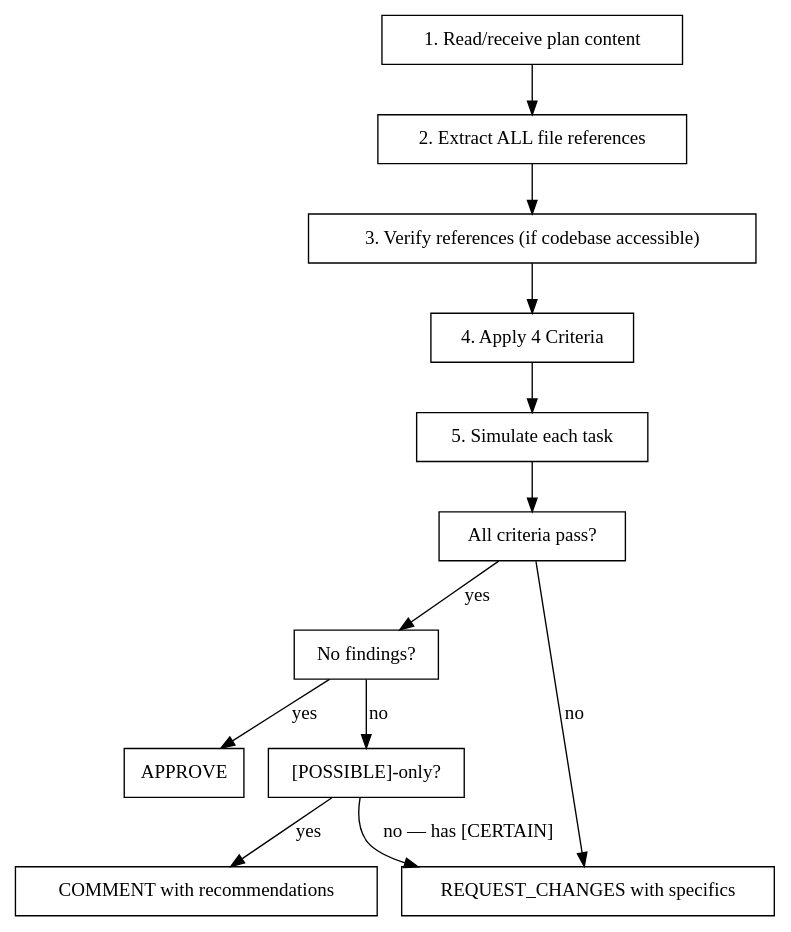
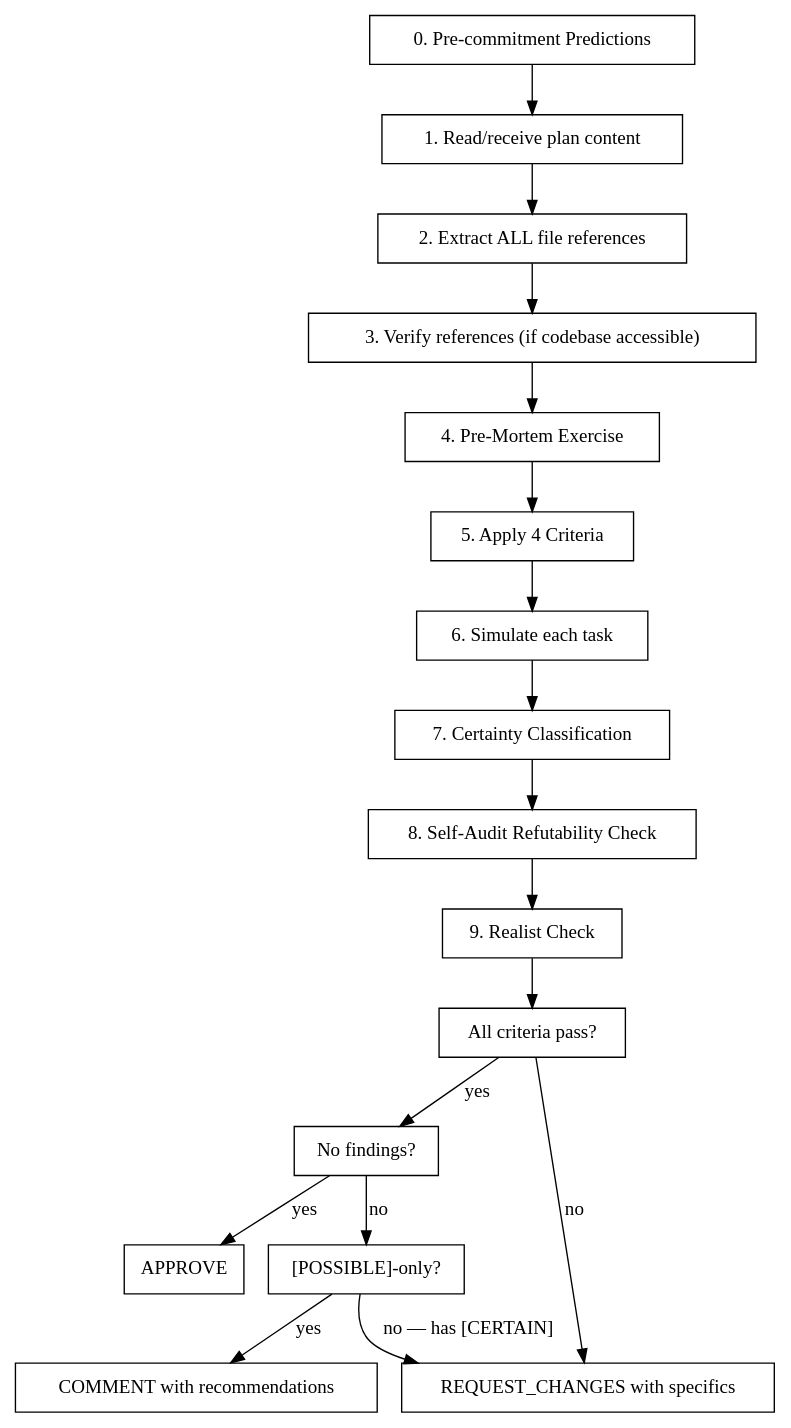
Before and after one commit to toongri/oh-my-toong-playground: the second of 2 diagrams in skills/momus/SKILL.md, drawn with Graphviz. The commit also changed other lines of this file, not shown here.

````diff
--- a/skills/momus/SKILL.md
+++ b/skills/momus/SKILL.md
@@ -49,18 +49,23 @@
 ```dot
 digraph review_process {
     rankdir=TB;
     node [shape=box];
 
+    "0. Pre-commitment Predictions" -> "1. Read/receive plan content";
     "1. Read/receive plan content" -> "2. Extract ALL file references";
     "2. Extract ALL file references" -> "3. Verify references (if codebase accessible)";
-    "3. Verify references (if codebase accessible)" -> "4. Apply 4 Criteria";
-    "4. Apply 4 Criteria" -> "5. Simulate each task";
-    "5. Simulate each task" -> "All criteria pass?" [shape=diamond];
+    "3. Verify references (if codebase accessible)" -> "4. Pre-Mortem Exercise";
+    "4. Pre-Mortem Exercise" -> "5. Apply 4 Criteria";
+    "5. Apply 4 Criteria" -> "6. Simulate each task";
+    "6. Simulate each task" -> "7. Certainty Classification";
+    "7. Certainty Classification" -> "8. Self-Audit Refutability Check";
+    "8. Self-Audit Refutability Check" -> "9. Realist Check";
+    "9. Realist Check" -> "All criteria pass?" [shape=diamond];
     "All criteria pass?" -> "No findings?" [label="yes"];
     "No findings?" -> "APPROVE" [label="yes"];
     "No findings?" -> "[POSSIBLE]-only?" [label="no"];
     "[POSSIBLE]-only?" -> "COMMENT with recommendations" [label="yes"];
     "[POSSIBLE]-only?" -> "REQUEST_CHANGES with specifics" [label="no — has [CERTAIN]"];
     "All criteria pass?" -> "REQUEST_CHANGES with specifics" [label="no"];
 }
 ```
````
